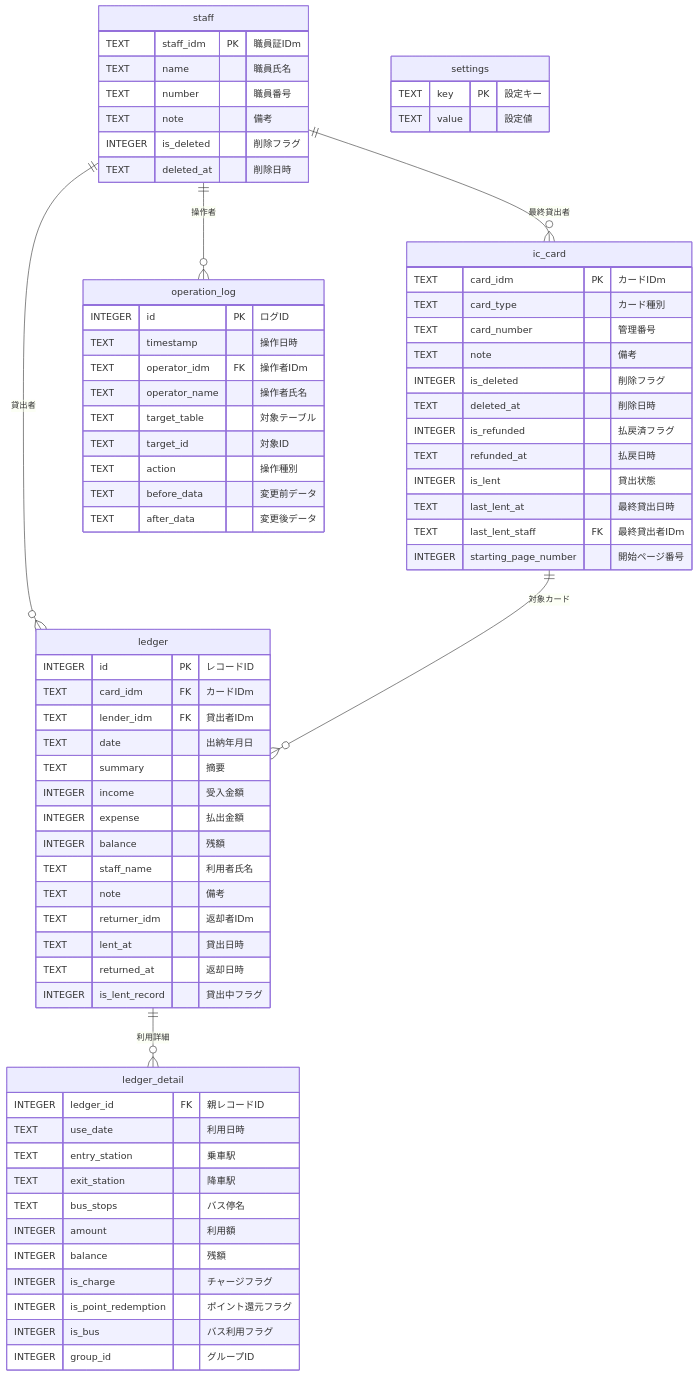
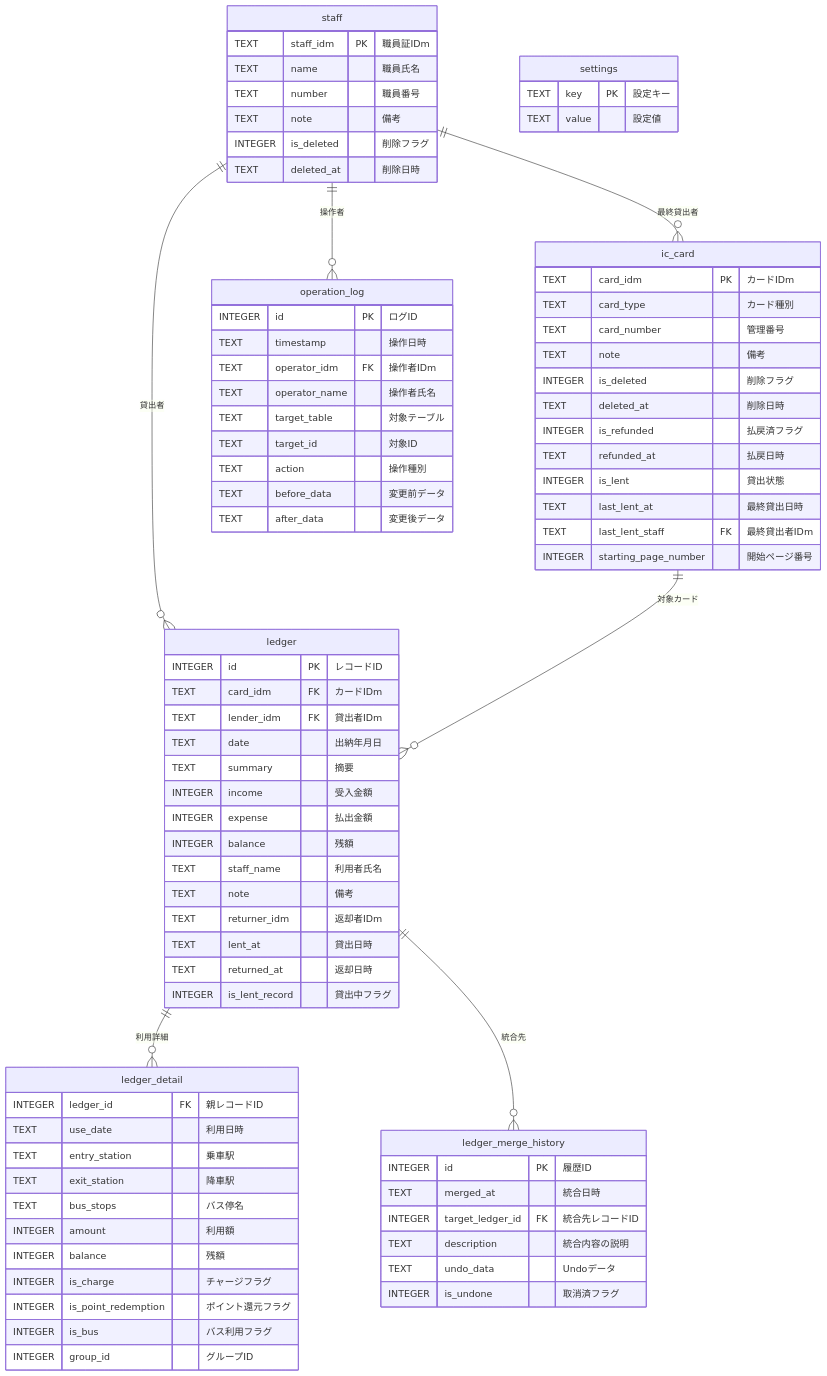
One commit to kuwayamamasayuki/ICCardManager changed the diagram in ICCardManager/docs/design/02_DB設計書.md. Above: the diagram before and after it, drawn with Mermaid. The commit also changed other lines of this file, not shown here.

First line of the commit message:
docs: DB設計書にledger_merge_historyテーブルの定義を追加（#572）

```diff
--- a/ICCardManager/docs/design/02_DB設計書.md
+++ b/ICCardManager/docs/design/02_DB設計書.md
@@ -8,6 +8,7 @@
     staff ||--o{ ic_card : "最終貸出者"
     ic_card ||--o{ ledger : "対象カード"
     ledger ||--o{ ledger_detail : "利用詳細"
+    ledger ||--o{ ledger_merge_history : "統合先"
     staff ||--o{ operation_log : "操作者"
 
     staff {
@@ -77,6 +78,15 @@
         TEXT after_data "変更後データ"
     }
 
+    ledger_merge_history {
+        INTEGER id PK "履歴ID"
+        TEXT merged_at "統合日時"
+        INTEGER target_ledger_id FK "統合先レコードID"
+        TEXT description "統合内容の説明"
+        TEXT undo_data "Undoデータ"
+        INTEGER is_undone "取消済フラグ"
+    }
+
     settings {
         TEXT key PK "設定キー"
         TEXT value "設定値"
```
